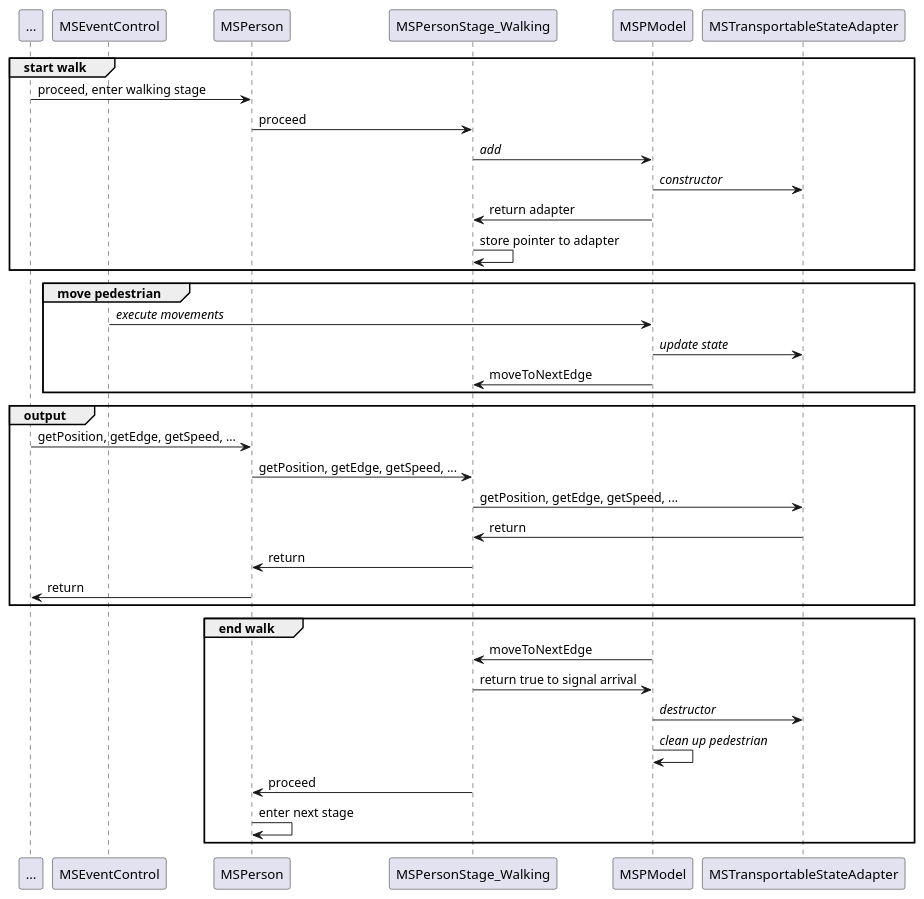
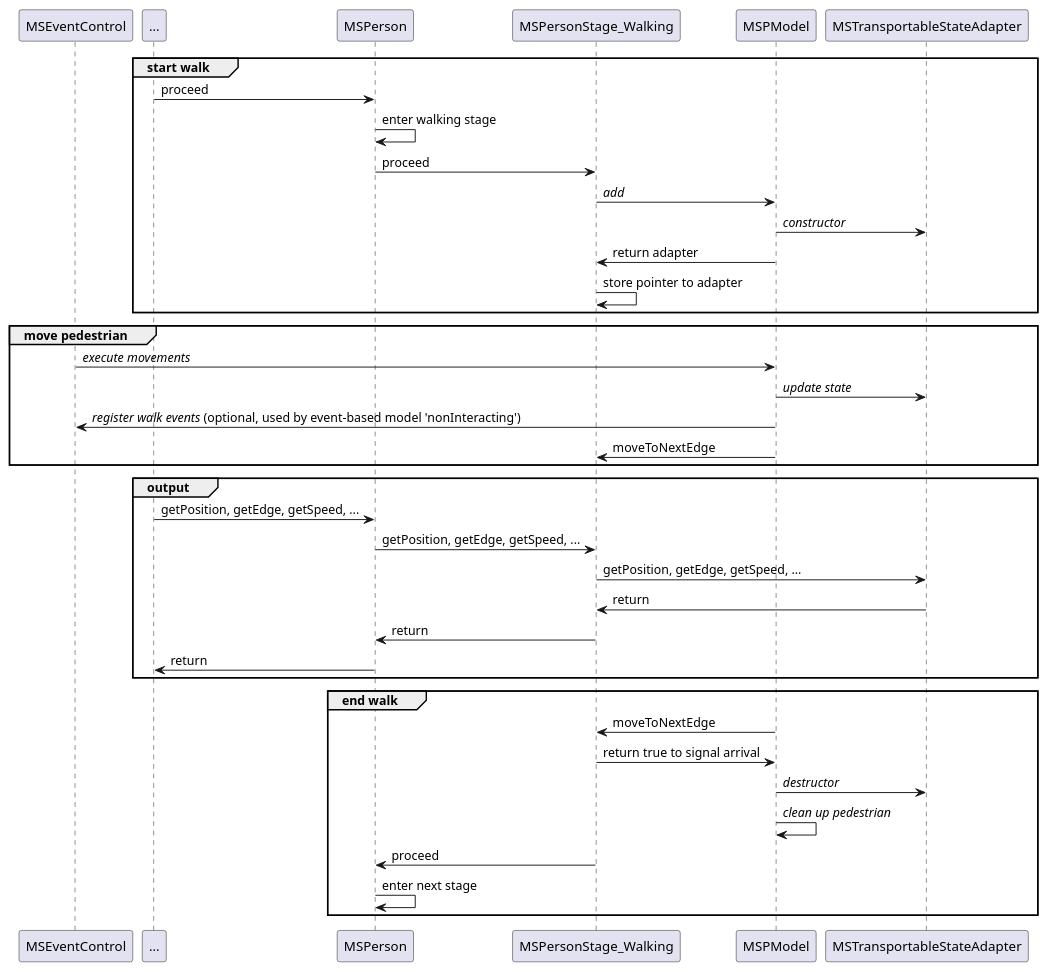
The second of 2 diagrams in docs/web/docs/Developer/Implementation_Notes/Simulation_Loop.md (eclipse-sumo/sumo), drawn with PlantUML before and after one commit.

Commit message:
#2 refinements to pedestrian loop #10157

````diff
--- a/docs/web/docs/Developer/Implementation_Notes/Simulation_Loop.md
+++ b/docs/web/docs/Developer/Implementation_Notes/Simulation_Loop.md
@@ -76,44 +76,46 @@
 ```plantuml
 @startuml
+participant MSEventControl as events
 participant ...
-participant MSEventControl as events
 participant MSPerson as person
 participant MSPersonStage_Walking as walk
 participant MSPModel as model
 participant MSTransportableStateAdapter as adapter
 
 group start walk
-... -> person : proceed, enter walking stage
+... -> person : proceed
+person -> person : enter walking stage
 person -> walk : proceed
 walk -> model : //add//
 model -> adapter : //constructor//
 model -> walk : return adapter
 walk -> walk : store pointer to adapter
 end
 
 group move pedestrian
 events -> model : //execute movements//
 model -> adapter : //update state//
+model -> events : //register walk events// (optional, used by event-based model 'nonInteracting')
 model -> walk : moveToNextEdge
 end
 
 group output
 ... -> person : getPosition, getEdge, getSpeed, ...
 person -> walk : getPosition, getEdge, getSpeed, ...
 walk -> adapter : getPosition, getEdge, getSpeed, ...
 adapter -> walk : return
 walk -> person : return
 person -> ... : return
 end
 
 group end walk
 model -> walk : moveToNextEdge
 walk -> model : return true to signal arrival
 model -> adapter : //destructor//
 model -> model : //clean up pedestrian//
 walk -> person : proceed
 person -> person : enter next stage
 end
 
 @enduml
 ```
````
